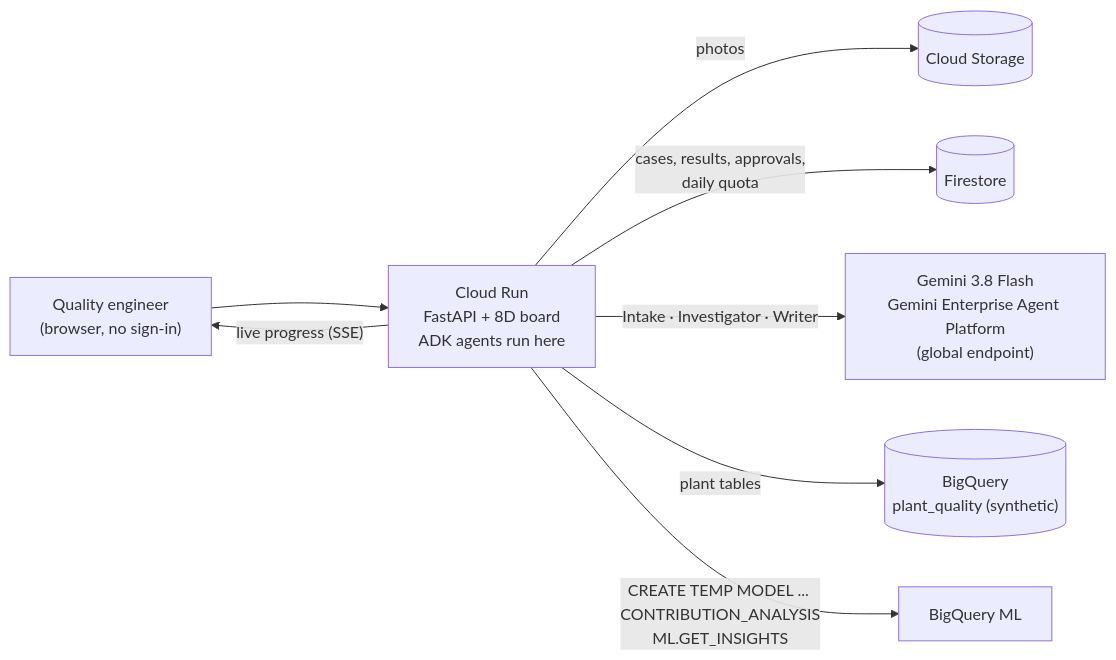
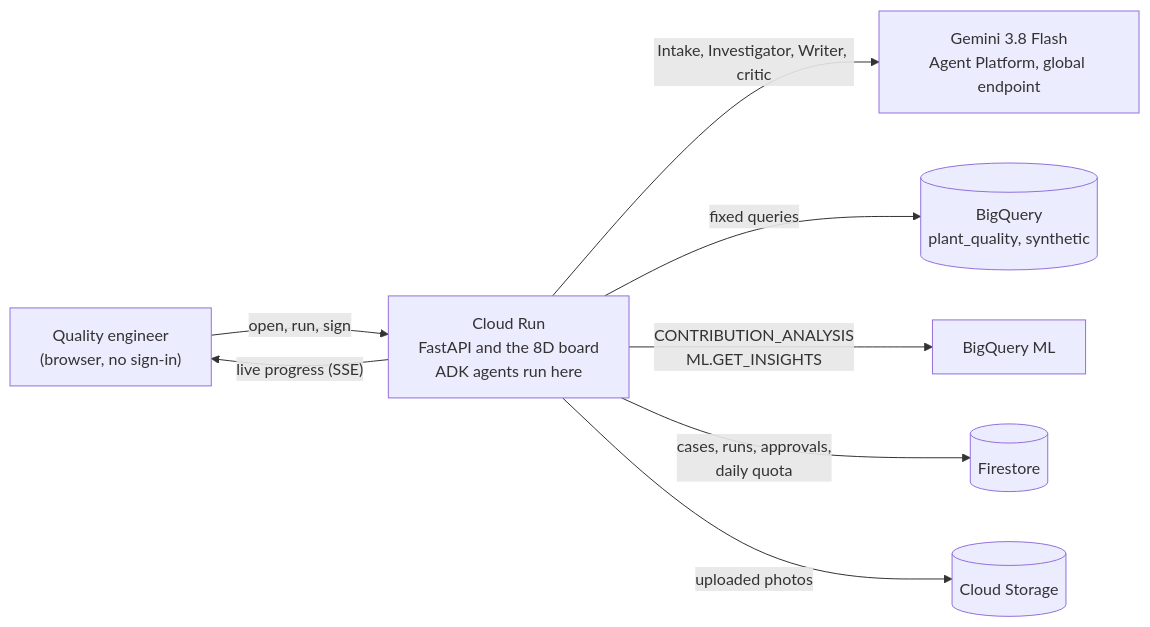
Before and after one commit to surajmalthumkar8/root-and-escape: the first of 3 diagrams in README.md, drawn with Mermaid. The commit also changed other lines of this file and 5 other files, not shown here.

````diff
--- a/README.md
+++ b/README.md
@@ -72,10 +93,10 @@
 ```mermaid
 flowchart LR
-  ENG["Quality engineer<br/>(browser, no sign-in)"] --> RUN["Cloud Run<br/>FastAPI + 8D board<br/>ADK agents run here"]
-  RUN -- "photos" --> GCS[("Cloud Storage")]
-  RUN -- "cases, results, approvals,<br/>daily quota" --> FS[("Firestore")]
-  RUN -- "Intake · Investigator · Writer" --> GEM["Gemini 3.8 Flash<br/>Gemini Enterprise Agent Platform<br/>(global endpoint)"]
-  RUN -- "plant tables" --> BQ[("BigQuery<br/>plant_quality (synthetic)")]
-  RUN -- "CREATE TEMP MODEL ... CONTRIBUTION_ANALYSIS<br/>ML.GET_INSIGHTS" --> BQML["BigQuery ML"]
-  RUN -- "live progress (SSE)" --> ENG
+  ENG["Quality engineer<br/>(browser, no sign-in)"] -->|"open, run, sign"| RUN["Cloud Run<br/>FastAPI and the 8D board<br/>ADK agents run here"]
+  RUN -->|"Intake, Investigator, Writer, critic"| GEM["Gemini 3.8 Flash<br/>Agent Platform, global endpoint"]
+  RUN -->|"fixed queries"| BQ[("BigQuery<br/>plant_quality, synthetic")]
+  RUN -->|"CONTRIBUTION_ANALYSIS<br/>ML.GET_INSIGHTS"| BQML["BigQuery ML"]
+  RUN -->|"cases, runs, approvals,<br/>daily quota"| FS[("Firestore")]
+  RUN -->|"uploaded photos"| GCS[("Cloud Storage")]
+  RUN -->|"live progress (SSE)"| ENG
 ```
````
